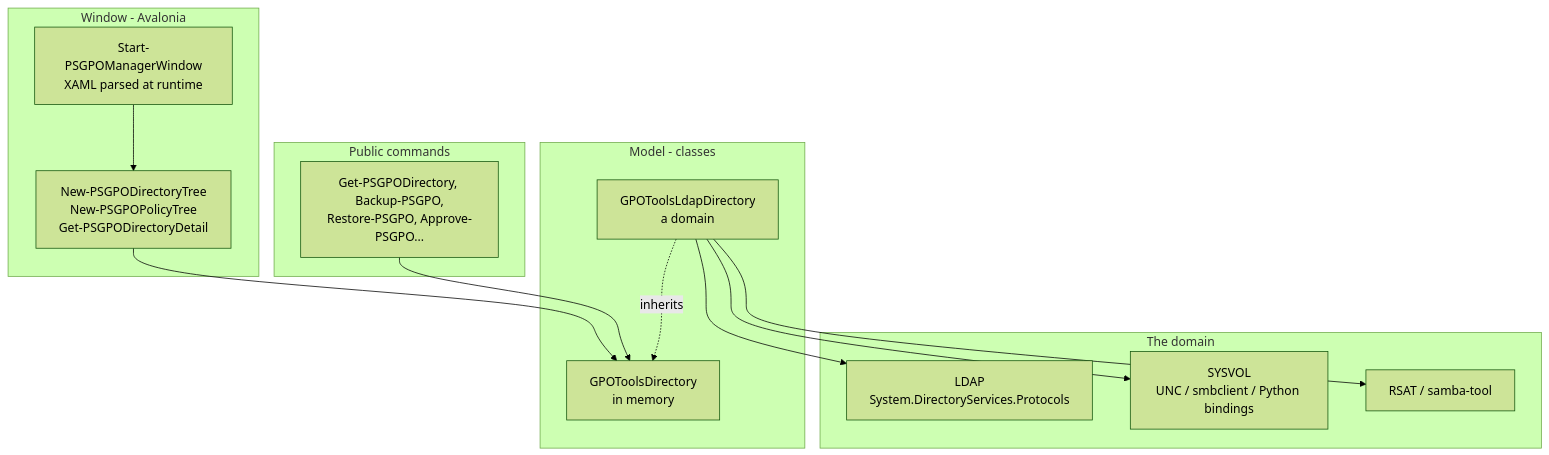
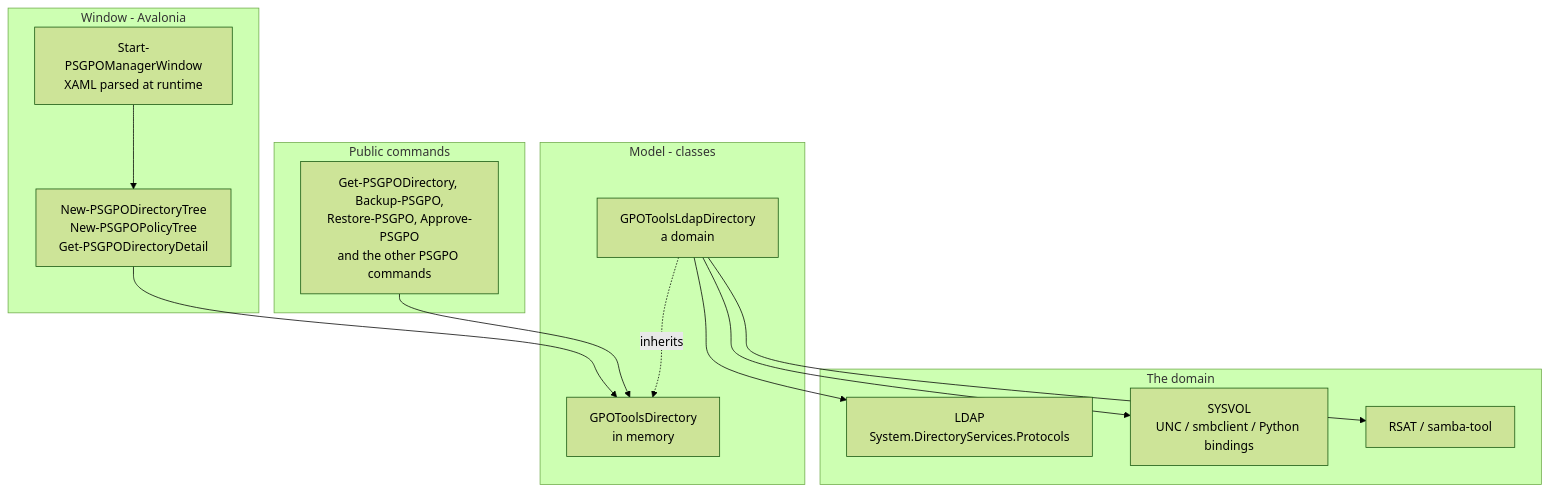
One commit to JM2K69/PSGPOTools changed the diagram in docs/en/technical/architecture.md. Above: the diagram before and after it, drawn with Mermaid (forest theme). The commit also changed 3 other files, not shown here.

Commit message:
Docs: the architecture diagram names the other PSGPO commands instead of an ellipsis; the workflow overview diagram reads top to bottom

````diff
--- a/docs/en/technical/architecture.md
+++ b/docs/en/technical/architecture.md
@@ -29,25 +29,25 @@
 ```mermaid
 flowchart TB
     subgraph UI[Window - Avalonia]
         window[Start-PSGPOManagerWindow<br/>XAML parsed at runtime]
         trees[New-PSGPODirectoryTree<br/>New-PSGPOPolicyTree<br/>Get-PSGPODirectoryDetail]
     end
     subgraph Commands[Public commands]
-        cmds[Get-PSGPODirectory, Backup-PSGPO,<br/>Restore-PSGPO, Approve-PSGPO...]
+        cmds[Get-PSGPODirectory, Backup-PSGPO,<br/>Restore-PSGPO, Approve-PSGPO<br/>and the other PSGPO commands]
     end
     subgraph Model[Model - classes]
         dir[GPOToolsDirectory<br/>in memory]
         ldapdir[GPOToolsLdapDirectory<br/>a domain]
     end
     subgraph Domain[The domain]
         ldap[LDAP<br/>System.DirectoryServices.Protocols]
         sysvol[SYSVOL<br/>UNC / smbclient / Python bindings]
         tools[RSAT / samba-tool]
     end
     window --> trees --> dir
     cmds --> dir
     ldapdir -. inherits .-> dir
     ldapdir --> ldap
     ldapdir --> sysvol
     ldapdir --> tools
 ```
````
